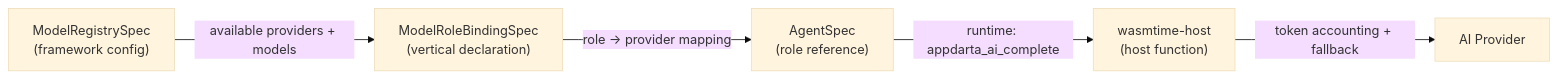
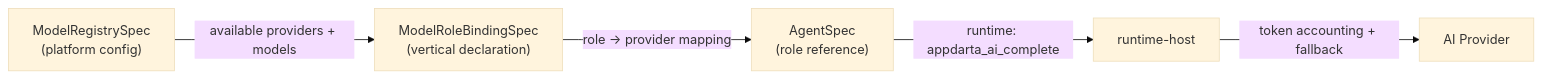
One commit to hariharasudhand/appdarta-framework changed the seventh of 7 diagrams in docs/architecture.md. Above: the diagram before and after it, drawn with Mermaid (base theme). The commit also changed other lines of this file and 2 other files, not shown here.

Commit message:
release: update framework public surface

````diff
--- a/docs/architecture.md
+++ b/docs/architecture.md
@@ -190,11 +207,11 @@
 ```mermaid
 flowchart LR
-    MR["ModelRegistrySpec\n(framework config)"]
+    MR["ModelRegistrySpec\n(platform config)"]
     RB["ModelRoleBindingSpec\n(vertical declaration)"]
     AS["AgentSpec\n(role reference)"]
 
     MR -->|available providers + models| RB
     RB -->|role → provider mapping| AS
-    AS -->|runtime: appdarta_ai_complete| RH["wasmtime-host\n(host function)"]
+    AS -->|runtime: appdarta_ai_complete| RH["runtime-host"]
     RH -->|token accounting + fallback| Provider["AI Provider"]
 ```
````
